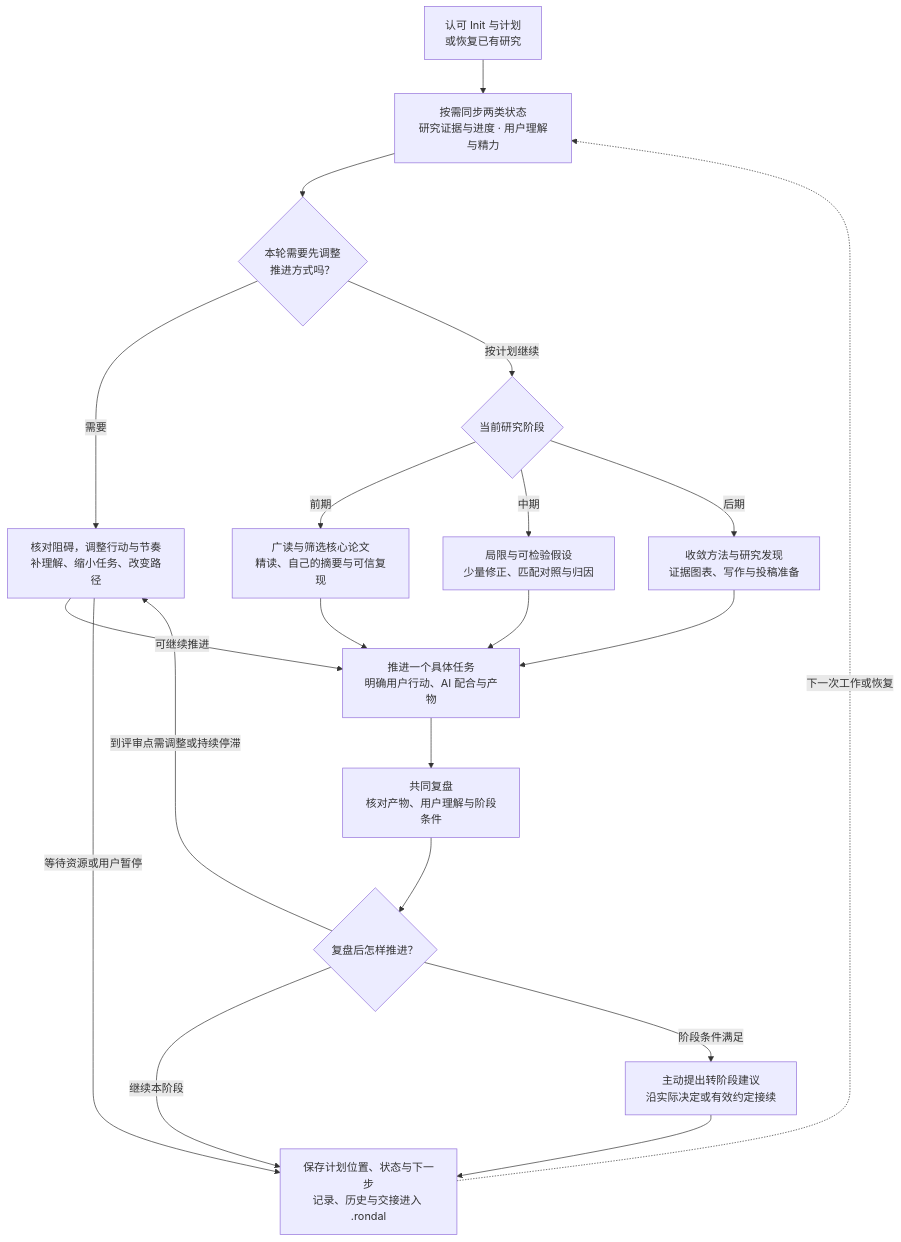
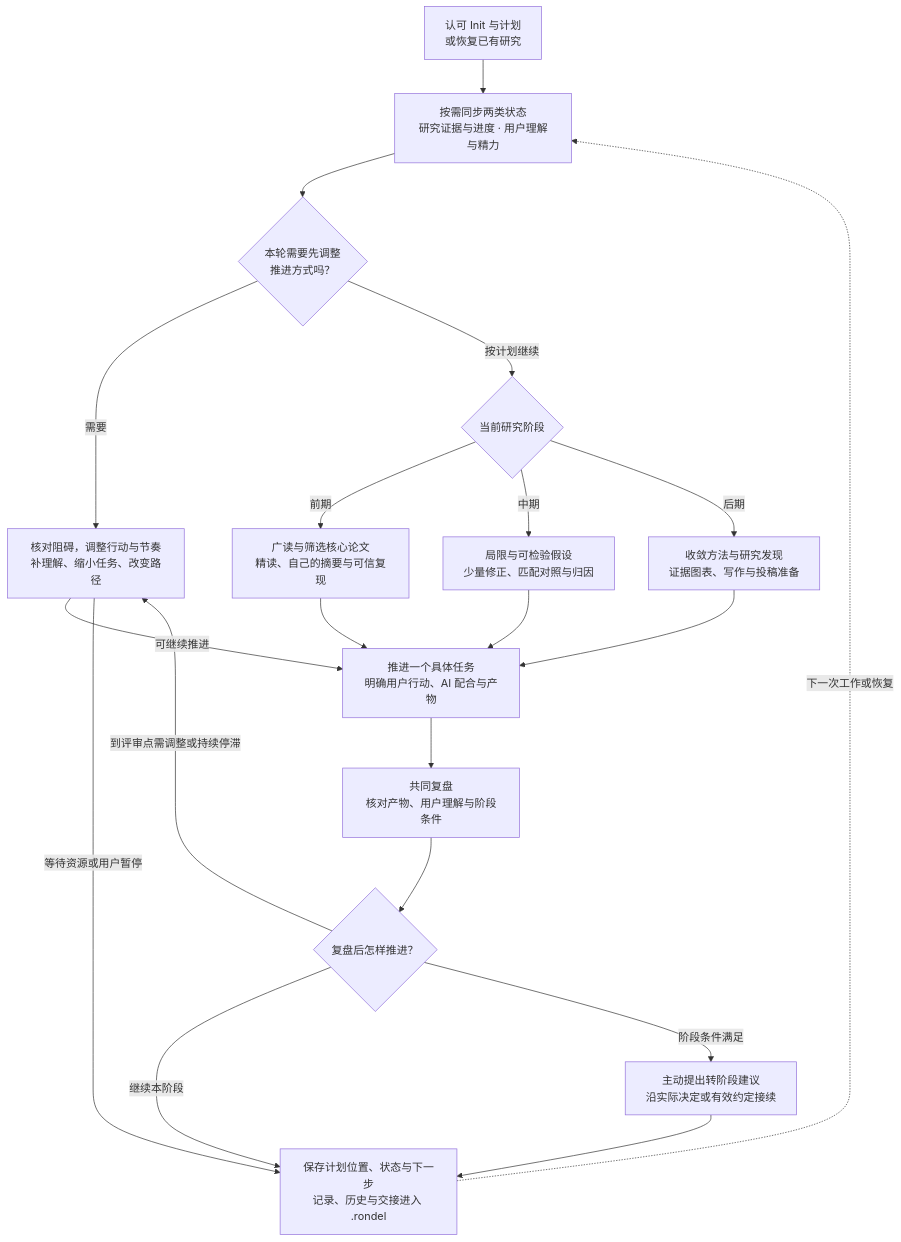
The diagram in skills/rondel-main/references/main-flow.md (ZoltraakDiego/Rondel), drawn with Mermaid before and after one commit. The commit also changed 81 other files, not shown here.

````diff
--- a/skills/rondel-main/references/main-flow.md
+++ b/skills/rondel-main/references/main-flow.md
@@ -5,25 +5,25 @@
 ```mermaid
 flowchart TD
     A["认可 Init 与计划<br/>或恢复已有研究"] --> B["按需同步两类状态<br/>研究证据与进度 · 用户理解与精力"]
     B --> C{"本轮需要先调整<br/>推进方式吗？"}
     C -->|需要| S["核对阻碍，调整行动与节奏<br/>补理解、缩小任务、改变路径"]
     C -->|按计划继续| P{"当前研究阶段"}
 
     P -->|前期| E["广读与筛选核心论文<br/>精读、自己的摘要与可信复现"]
     P -->|中期| M["局限与可检验假设<br/>少量修正、匹配对照与归因"]
     P -->|后期| L["收敛方法与研究发现<br/>证据图表、写作与投稿准备"]
 
     E --> W["推进一个具体任务<br/>明确用户行动、AI 配合与产物"]
     M --> W
     L --> W
     S -->|可继续推进| W
-    S -->|等待资源或用户暂停| U["保存计划位置、状态与下一步<br/>记录、历史与交接进入 .rondal"]
+    S -->|等待资源或用户暂停| U["保存计划位置、状态与下一步<br/>记录、历史与交接进入 .rondel"]
 
     W --> R["共同复盘<br/>核对产物、用户理解与阶段条件"]
     R --> D{"复盘后怎样推进？"}
     D -->|继续本阶段| U
     D -->|阶段条件满足| T["主动提出转阶段建议<br/>沿实际决定或有效约定接续"]
     D -->|到评审点需调整或持续停滞| S
     T --> U
     U -.->|下一次工作或恢复| B
 ```
````
